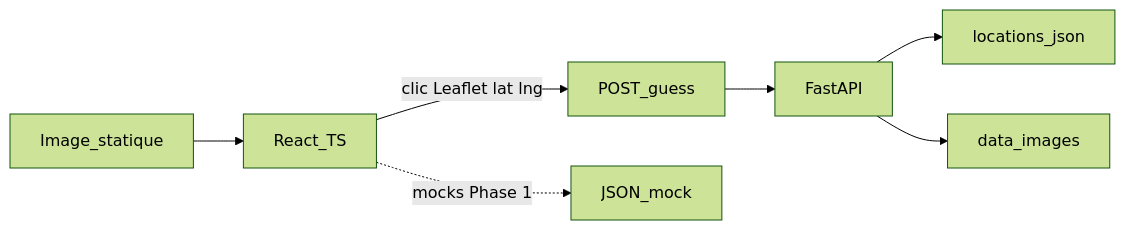
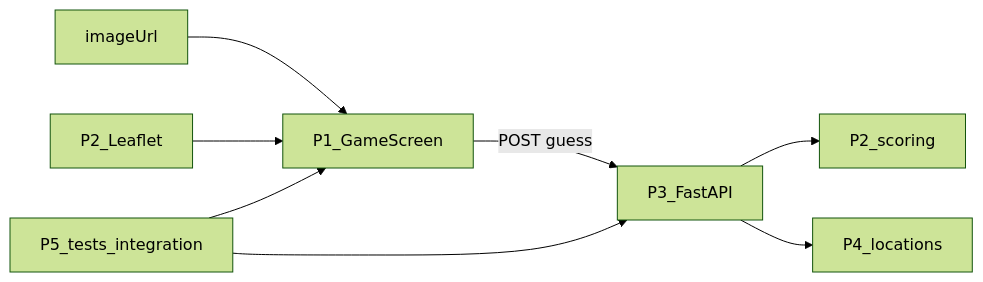
The diagram in docs/ARCHITECTURE.md (JosephTSAMGA/TP-REACT-GROUPE-3), drawn with Mermaid (forest theme) before and after one commit. The commit also changed other lines of this file and 12 other files, not shown here.

````diff
--- a/docs/ARCHITECTURE.md
+++ b/docs/ARCHITECTURE.md
@@ -27,9 +16,10 @@
 ```mermaid
 flowchart LR
-  Photo[Image_statique] --> ReactUI[React_TS]
-  ReactUI -->|"clic Leaflet lat lng"| Guess[POST_guess]
-  Guess --> FastAPI[FastAPI]
-  FastAPI --> Locations[locations_json]
-  FastAPI --> Images[data_images]
-  ReactUI -.->|"mocks Phase 1"| MockAPI[JSON_mock]
+  Photo[imageUrl] --> Game[P1_GameScreen]
+  Map[P2_Leaflet] --> Game
+  Game -->|"POST guess"| API[P3_FastAPI]
+  API --> Scoring[P2_scoring]
+  API --> Data[P4_locations]
+  P5[P5_tests_integration] --> Game
+  P5 --> API
 ```
````
